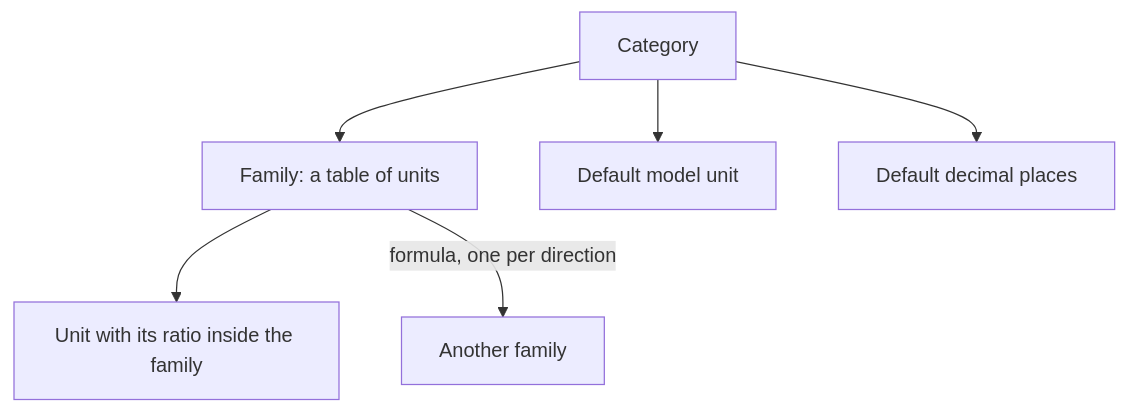
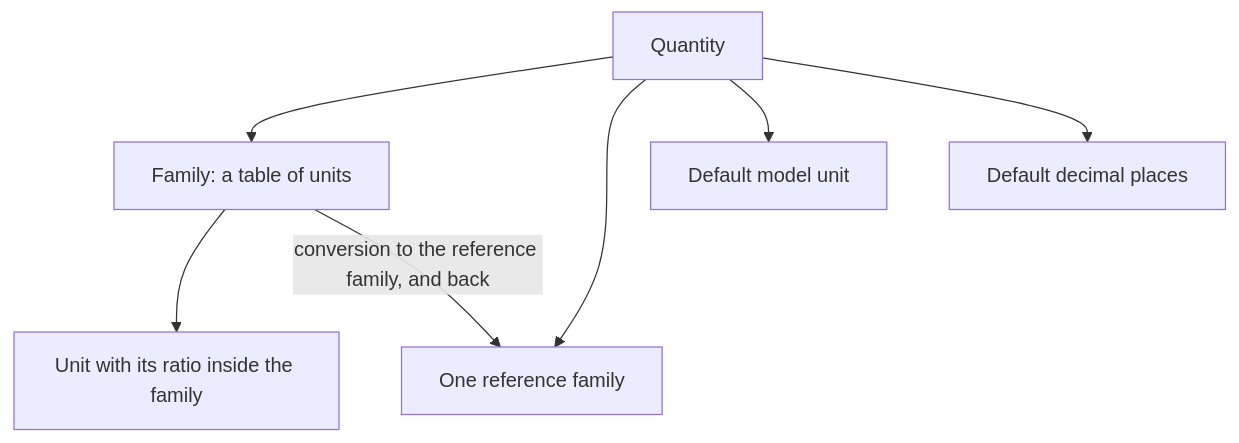
The first of 5 diagrams in metadata/05-units.md (AlexandreGallais/synoptic-studio-spec), drawn with Mermaid before and after one commit. The commit also changed other lines of this file and 18 other files, not shown here.

````diff
--- a/metadata/05-units.md
+++ b/metadata/05-units.md
@@ -11,8 +11,9 @@
 ```mermaid
 flowchart TD
-    Cat[Category] --> Fam[Family: a table of units]
+    Cat[Quantity] --> Fam[Family: a table of units]
+    Cat --> Ref[One reference family]
     Cat --> Model[Default model unit]
     Cat --> Dec[Default decimal places]
     Fam --> Unit[Unit with its ratio inside the family]
-    Fam -- "formula, one per direction" --> Fam2[Another family]
+    Fam -- "conversion to the reference family, and back" --> Ref
 ```
````
